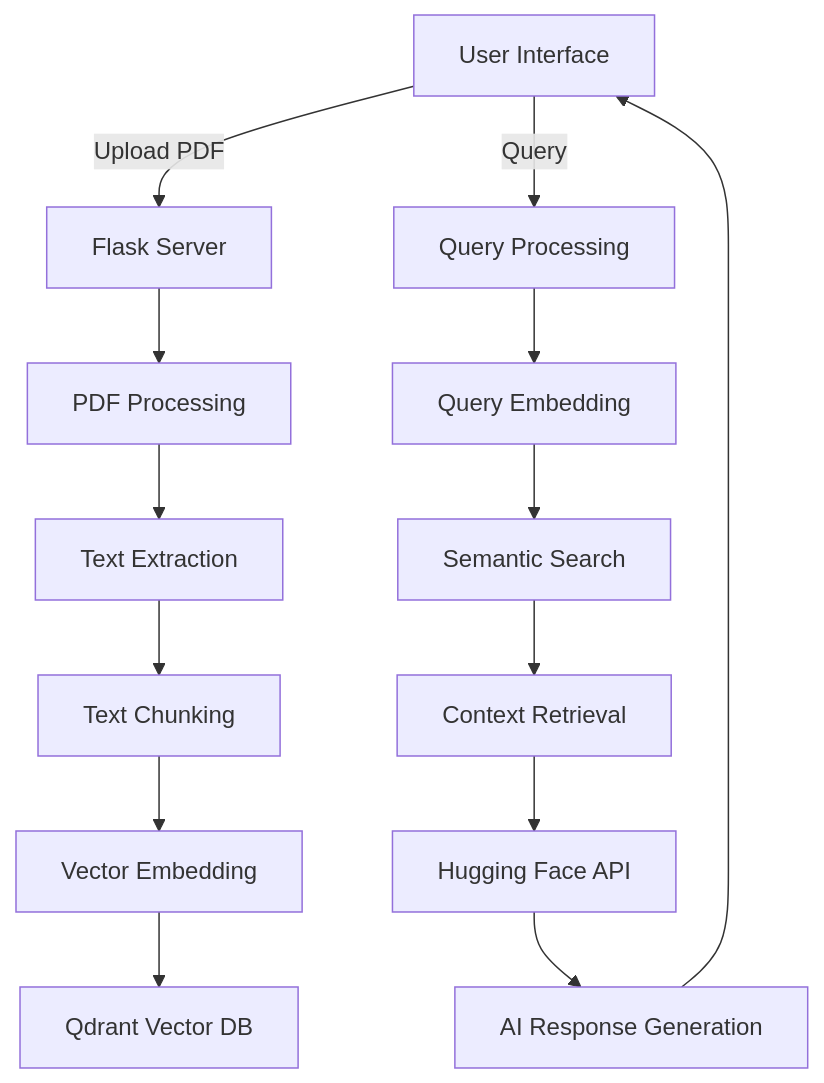
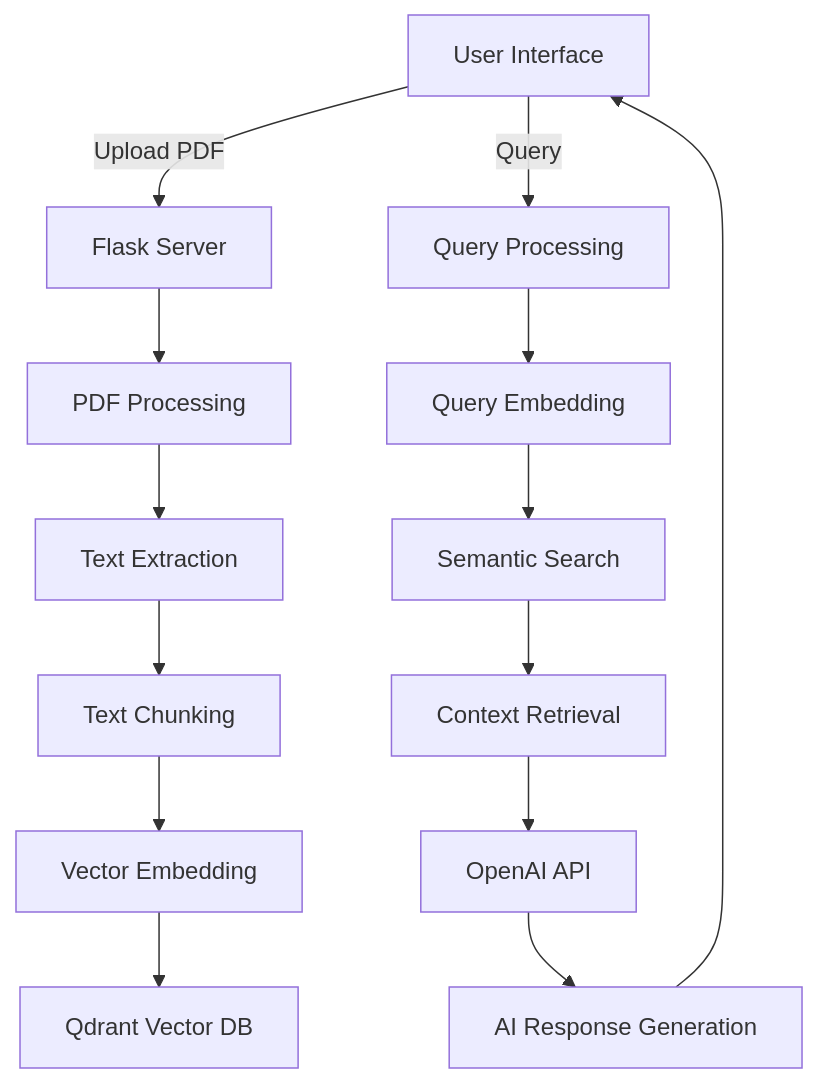
Before and after one commit to abuawaish/pdf-insight-analyzer: the diagram in README.md, drawn with Mermaid. The commit also changed other lines of this file, not shown here.

````diff
--- a/README.md
+++ b/README.md
@@ -206,16 +206,16 @@
 ```mermaid
 graph TD
     A[User Interface] -->|Upload PDF| B[Flask Server]
     B --> C[PDF Processing]
     C --> D[Text Extraction]
     D --> E[Text Chunking]
     E --> F[Vector Embedding]
     F --> G[Qdrant Vector DB]
     A -->|Query| H[Query Processing]
     H --> I[Query Embedding]
     I --> J[Semantic Search]
     J --> K[Context Retrieval]
-    K --> L[Hugging Face API]
+    K --> L[OpenAI API]
     L --> M[AI Response Generation]
     M --> A
 ```
````
